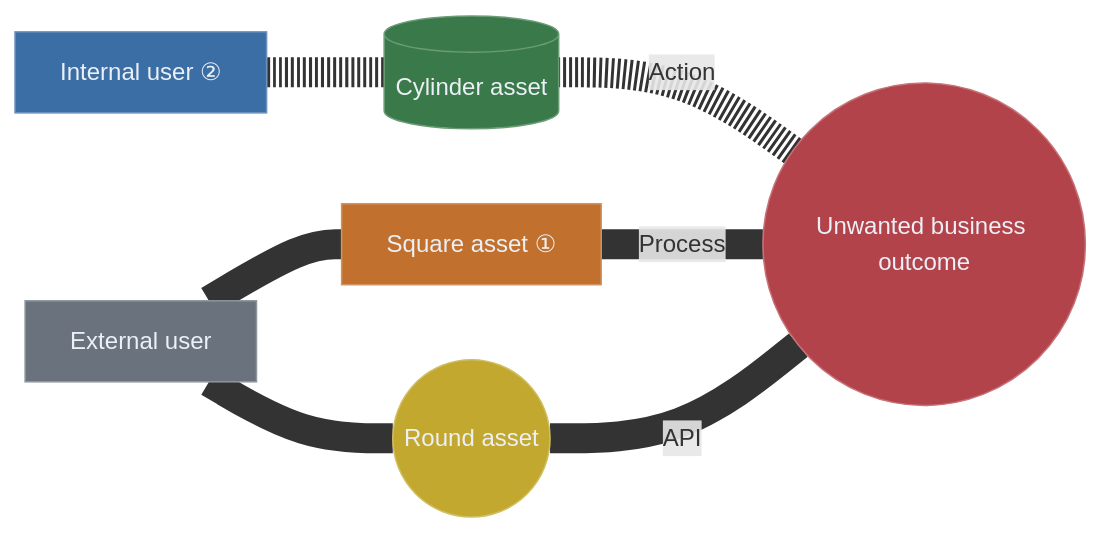
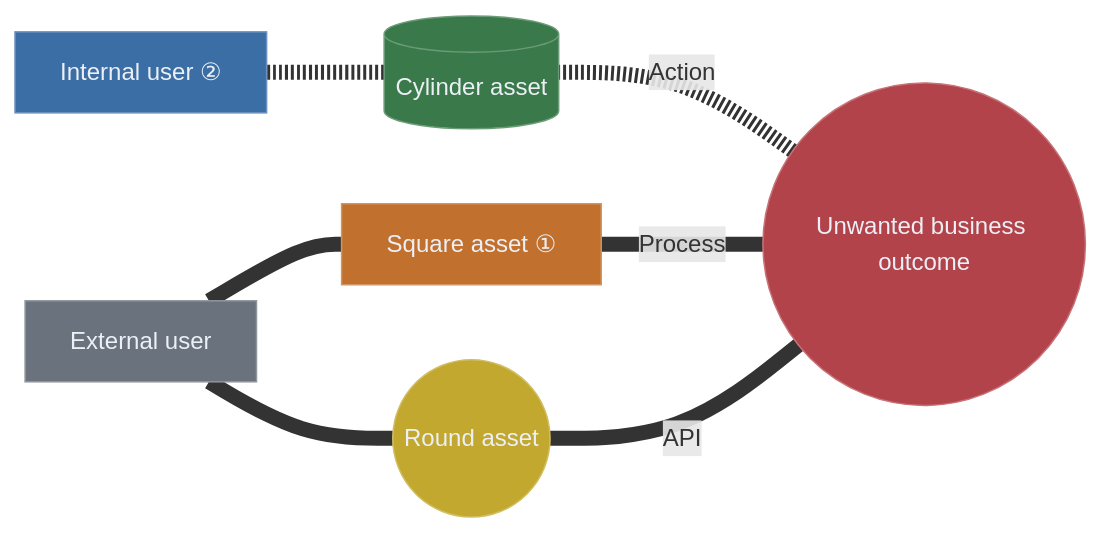
One commit to tomituominen/APME changed the diagram in sample-graph.md. Above: the diagram before and after it, drawn with Mermaid. The commit also changed 1 other file, not shown here.

Commit message:
Edges: halve saved width, looser dots, red-glow selection
Three edge tweaks:
- Saved Mermaid: EXPORT_EDGE_WIDTH 20→10px (the 20px linkStyle read too heavy
  on GitHub). Regenerated sample-graph.md to match.
- Dotted style: DOTTED_PATTERN gap 8→18 so dots stay distinct at the 10px
  editor width (the old gap merged into a near-solid line).
- Selection: no longer thickens the line. Dropped EDGE_WIDTH_SELECTED and
  selectionWidth; a selected edge keeps EDGE_WIDTH, turns red, and gets a soft
  red halo from a new drawSelectedEdgeGlow pass (beforeDrawing, under the crisp
  line). The glow mirrors the edge's dash, so a selected dotted edge glows as
  dots rather than going solid. Covers straight, bent, and dotted edges.

````diff
--- a/sample-graph.md
+++ b/sample-graph.md
@@ -3,27 +3,27 @@
 ```mermaid
 %% APM-DATA: {"v":1,"dir":"RL","master":"n2","pos":{"n2":[0,0],"n4":[-390,-227],"n5":[-390,-27],"n6":[-390,173],"n7":[-770,-235],"n8":[-770,65]},"bends":{"n2|n4":[-0.0741,0.3825],"n2|n5":[-0.0181,0.0348],"n2|n6":[-0.0486,-0.3349]},"notes":{"n5":"Important note about the asset","n7":"Important note about the user"}}
 flowchart RL
   n2(("Unwanted business outcome"))
   n4[("Cylinder asset")]
   n5["Square asset ①"]
   n6(("Round asset"))
   n7["Internal user ②"]
   n8["External user"]
   n2 -.-|"Action"| n4
   n2 ---|"Process"| n5
   n2 ---|"API"| n6
   n4 -.- n7
   n5 --- n8
   n6 --- n8
-  linkStyle default stroke-width:20px;
+  linkStyle default stroke-width:10px;
 
   style n2 fill:#b3434a,stroke:#c67277,color:#ecf0f6
   style n4 fill:#3a7a4a,stroke:#6b9b77,color:#ecf0f6
   style n5 fill:#c2702e,stroke:#d19462,color:#ecf0f6
   style n6 fill:#c2a82e,stroke:#d1be62,color:#ecf0f6
   style n7 fill:#3a6ea5,stroke:#6b92bc,color:#ecf0f6
   style n8 fill:#6a737d,stroke:#8f969e,color:#ecf0f6
 
   click n5 "#note-n5" "Square asset"
   click n7 "#note-n7" "Internal user"
 ```
````
